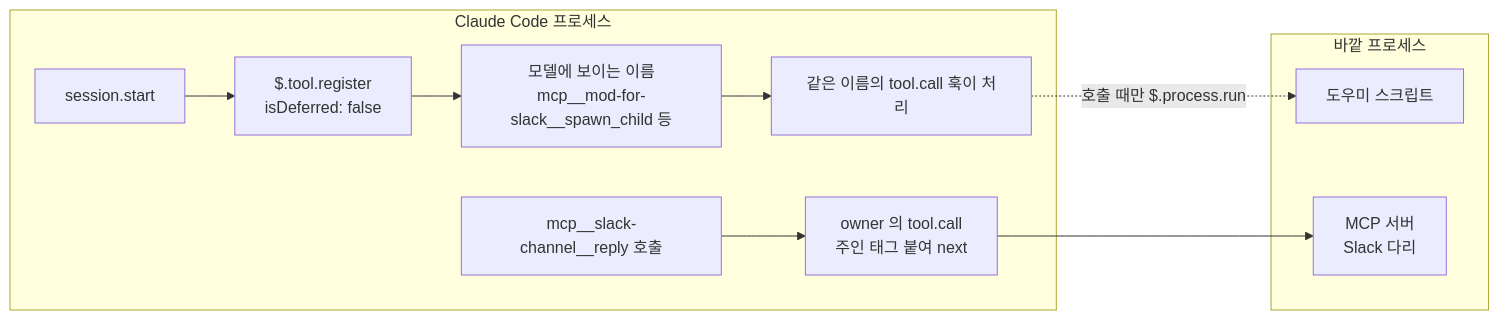
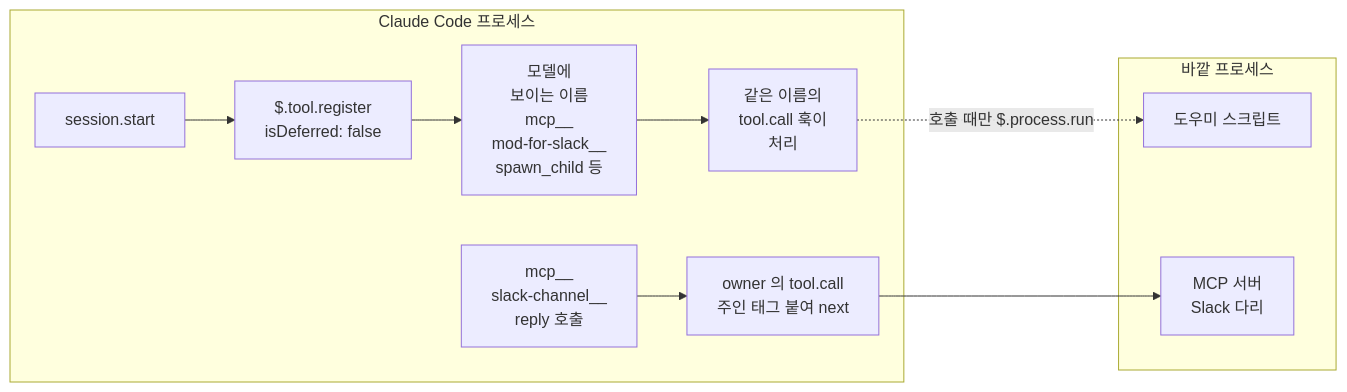
One commit to treylom/mod-for-slack changed the third of 3 diagrams in docs/developers.md. Above: the diagram before and after it, drawn with Mermaid. The commit also changed other lines of this file and 5 other files, not shown here.

Commit message:
mod-for-slack preview (faf686f · bridge e5d6bc9)

````diff
--- a/docs/developers.md
+++ b/docs/developers.md
@@ -69,15 +69,15 @@
 ```mermaid
 flowchart LR
   subgraph CC["Claude Code 프로세스"]
     SS["session.start"] --> REG["$.tool.register<br/>isDeferred: false"]
-    REG --> NAME["모델에 보이는 이름<br/>mcp__mod-for-slack__spawn_child 등"]
-    NAME --> TH["같은 이름의 tool.call 훅이 처리"]
-    RP["mcp__slack-channel__reply 호출"] --> MEM["owner 의 tool.call<br/>주인 태그 붙여 next"]
+    REG --> NAME["모델에<br/>보이는 이름<br/>mcp__<br/>mod-for-slack__<br/>spawn_child 등"]
+    NAME --> TH["같은 이름의<br/>tool.call 훅이<br/>처리"]
+    RP["mcp__<br/>slack-channel__<br/>reply 호출"] --> MEM["owner 의 tool.call<br/>주인 태그 붙여 next"]
   end
   subgraph EXT["바깥 프로세스"]
     HELP["도우미 스크립트"]
     MCP["MCP 서버<br/>Slack 다리"]
   end
   TH -. "호출 때만 $.process.run" .-> HELP
   MEM --> MCP
 ```
````
